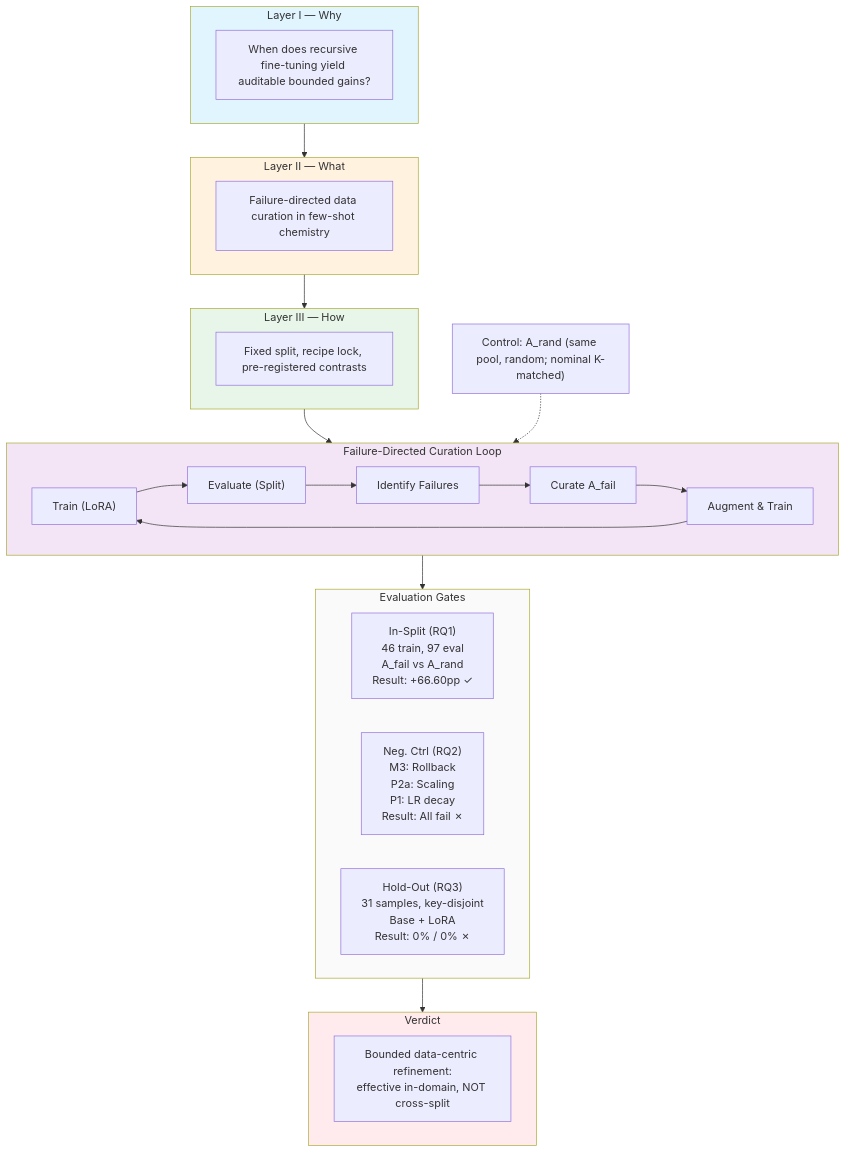
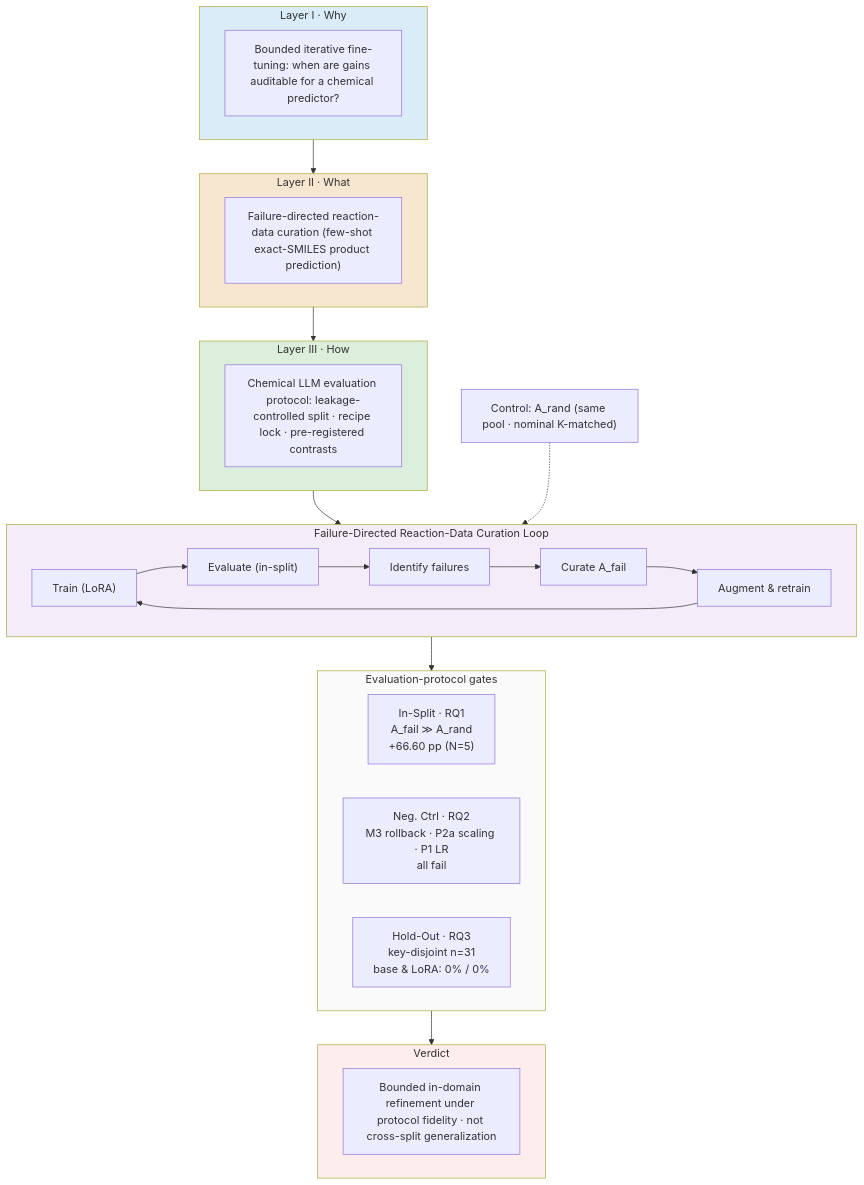
Before and after one commit to ldd19990713-coder/rsi-failure-directed-curation: the diagram in figures/fig1_method_pipeline.mmd, drawn with Mermaid. The commit also changed 15 other files, not shown here.

First line of the commit message:
Sync Fig.1/V9 manuscript assets to the public replication package.

```diff
--- a/figures/fig1_method_pipeline.mmd
+++ b/figures/fig1_method_pipeline.mmd
@@ -1,52 +1,51 @@
-%% Figure 1: Method pipeline (Mermaid source)
-%% Render to PDF / SVG / PNG via:
-%%   ./figures/render_fig1.sh
-%% Requires mermaid-cli (mmdc): npm install -g @mermaid-js/mermaid-cli
+%% Figure 1: Method pipeline (Mermaid source; wording aligned to RSI_paper_v9)
+%% Prefer: python figures/render_fig1_fallback.py
+%% Optional: ./figures/render_fig1.sh  (requires mmdc)
 flowchart TD
-    subgraph Layer1["Layer I — Why"]
-        L1["When does recursive fine-tuning yield auditable bounded gains?"]
+    subgraph Layer1["Layer I · Why"]
+        L1["Bounded iterative fine-tuning: when are gains auditable for a chemical predictor?"]
     end
 
-    subgraph Layer2["Layer II — What"]
-        L2["Failure-directed data curation in few-shot chemistry"]
+    subgraph Layer2["Layer II · What"]
+        L2["Failure-directed reaction-data curation (few-shot exact-SMILES product prediction)"]
     end
 
-    subgraph Layer3["Layer III — How"]
-        L3["Fixed split, recipe lock, pre-registered contrasts"]
+    subgraph Layer3["Layer III · How"]
+        L3["Chemical LLM evaluation protocol: leakage-controlled split · recipe lock · pre-registered contrasts"]
     end
 
     Layer1 --> Layer2 --> Layer3
 
-    subgraph Loop["Failure-Directed Curation Loop"]
-        Train["Train (LoRA)"] --> Eval["Evaluate (Split)"]
-        Eval --> Fail["Identify Failures"]
+    subgraph Loop["Failure-Directed Reaction-Data Curation Loop"]
+        Train["Train (LoRA)"] --> Eval["Evaluate (in-split)"]
+        Eval --> Fail["Identify failures"]
         Fail --> Curate["Curate A_fail"]
-        Curate --> AugTrain["Augment & Train"]
+        Curate --> AugTrain["Augment & retrain"]
         AugTrain --> Train
     end
 
     Layer3 --> Loop
 
-    Control["Control: A_rand (same pool, random; nominal K-matched)"] -.-> Loop
+    Control["Control: A_rand (same pool · nominal K-matched)"] -.-> Loop
 
-    subgraph Gates["Evaluation Gates"]
+    subgraph Gates["Evaluation-protocol gates"]
         direction LR
-        RQ1["In-Split (RQ1)<br/>46 train, 97 eval<br/>A_fail vs A_rand<br/>Result: +66.60pp ✓"]
-        RQ2["Neg. Ctrl (RQ2)<br/>M3: Rollback<br/>P2a: Scaling<br/>P1: LR decay<br/>Result: All fail ✗"]
-        RQ3["Hold-Out (RQ3)<br/>31 samples, key-disjoint<br/>Base + LoRA<br/>Result: 0% / 0% ✗"]
+        RQ1["In-Split · RQ1<br/>A_fail ≫ A_rand<br/>+66.60 pp (N=5)"]
+        RQ2["Neg. Ctrl · RQ2<br/>M3 rollback · P2a scaling · P1 LR<br/>all fail"]
+        RQ3["Hold-Out · RQ3<br/>key-disjoint n=31<br/>base & LoRA: 0% / 0%"]
     end
 
     Loop --> Gates
 
     subgraph Verdict["Verdict"]
-        V["Bounded data-centric refinement:<br/>effective in-domain, NOT cross-split"]
+        V["Bounded in-domain refinement under protocol fidelity · not cross-split generalization"]
     end
 
     Gates --> Verdict
 
-    style Layer1 fill:#e1f5fe
-    style Layer2 fill:#fff3e0
-    style Layer3 fill:#e8f5e9
-    style Loop fill:#f3e5f5
+    style Layer1 fill:#D9ECF8
+    style Layer2 fill:#F7E6D0
+    style Layer3 fill:#DCEFDD
+    style Loop fill:#F4ECF8
     style Gates fill:#fafafa
-    style Verdict fill:#ffebee
+    style Verdict fill:#FDEDEC
```
